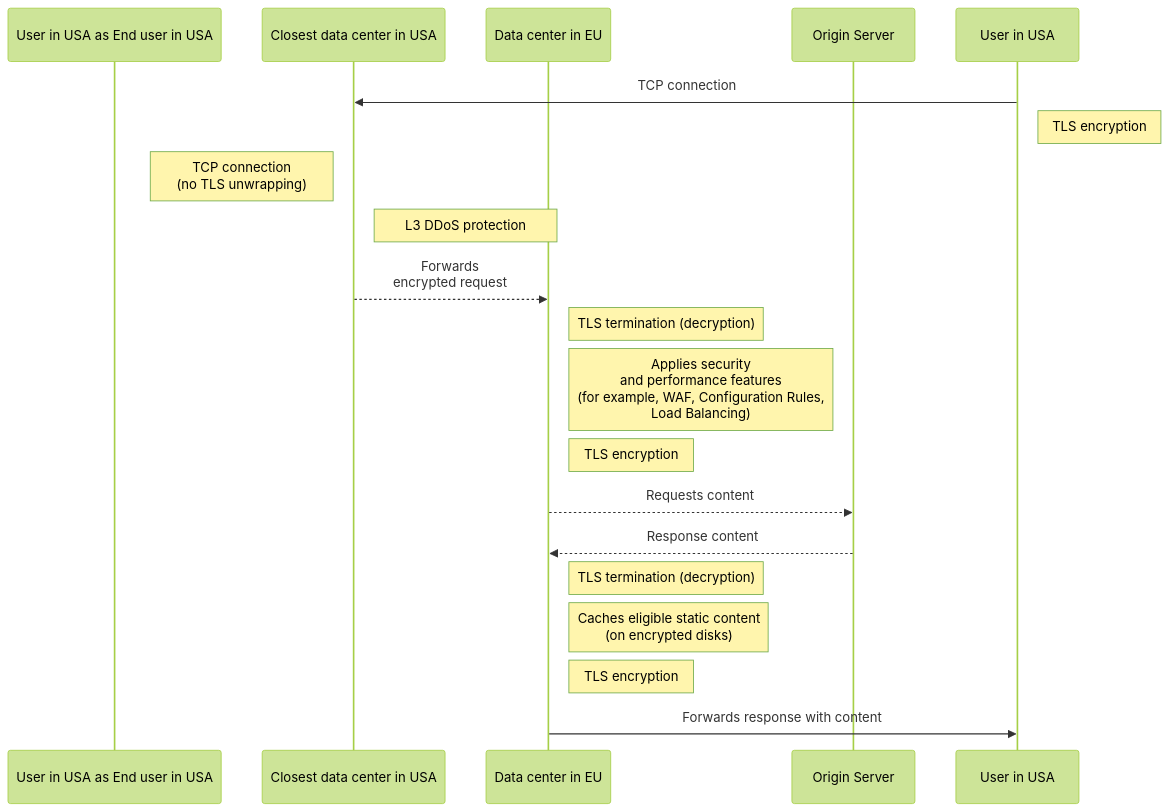
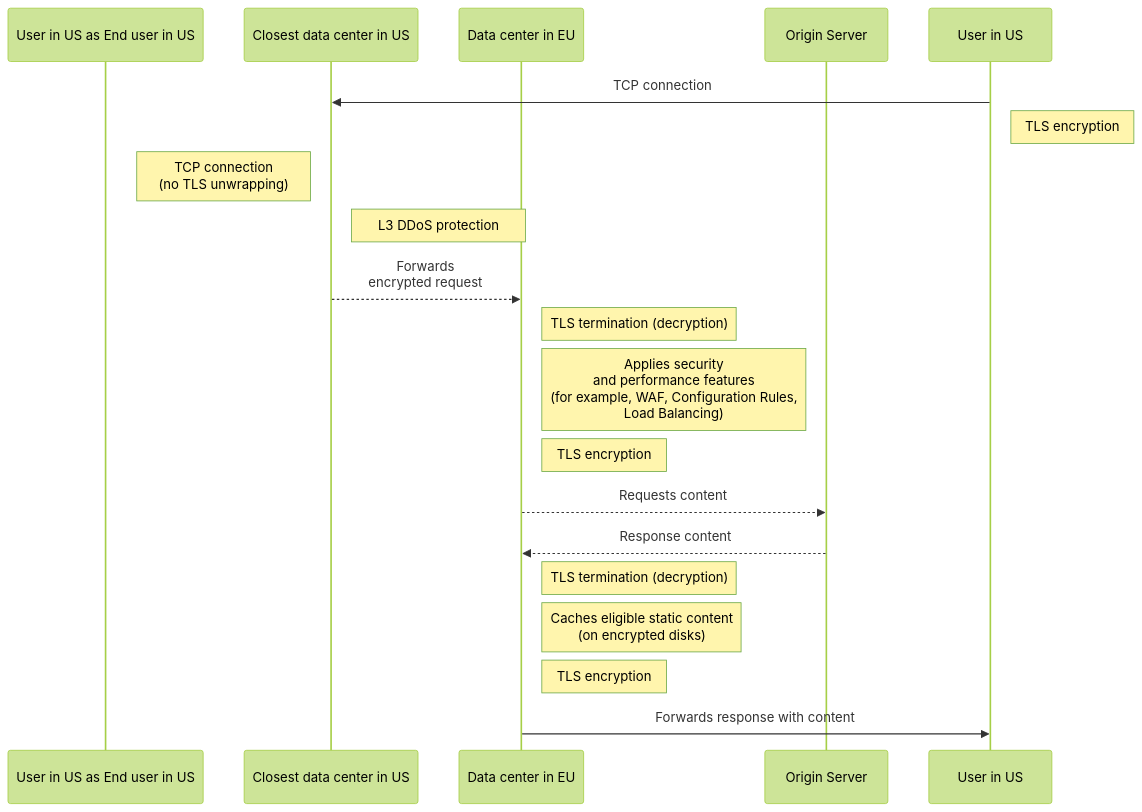
Before and after one commit to cloudflare/cloudflare-docs: the diagram in content/data-localization/regional-services/_index.md, drawn with Mermaid (forest theme). The commit also changed other lines of this file, not shown here.

Commit message:
Changes after review.

````diff
--- a/content/data-localization/regional-services/_index.md
+++ b/content/data-localization/regional-services/_index.md
@@ -33,22 +33,22 @@
 ```mermaid
 sequenceDiagram
-    participant User in USA as End user in USA
-    participant CloudflarePoPNYC as Closest data center in USA
+    participant User in US as End user in US
+    participant CloudflarePoPNYC as Closest data center in US
     participant CloudflarePoPDUB as Data center in EU
     participant EUOriginServer as Origin Server
  
-    User in USA->>CloudflarePoPNYC: TCP connection
-    Note right of User in USA: TLS encryption
+    User in US->>CloudflarePoPNYC: TCP connection
+    Note right of User in US: TLS encryption
     Note left of CloudflarePoPNYC: TCP connection<br> (no TLS unwrapping)
     Note right of CloudflarePoPNYC: L3 DDoS protection
     CloudflarePoPNYC-->>CloudflarePoPDUB: Forwards<br> encrypted request
     Note right of CloudflarePoPDUB: TLS termination (decryption)
     Note right of CloudflarePoPDUB: Applies security<br> and performance features<br> (for example, WAF, Configuration Rules, <br>Load Balancing)
     Note right of CloudflarePoPDUB: TLS encryption
     CloudflarePoPDUB-->>EUOriginServer: Requests content
     EUOriginServer-->>CloudflarePoPDUB: Response content
     Note right of CloudflarePoPDUB: TLS termination (decryption)
     Note right of CloudflarePoPDUB: Caches eligible static content<br> (on encrypted disks)
     Note right of CloudflarePoPDUB: TLS encryption
-    CloudflarePoPDUB->>User in USA: Forwards response with content
+    CloudflarePoPDUB->>User in US: Forwards response with content
 ```
````
